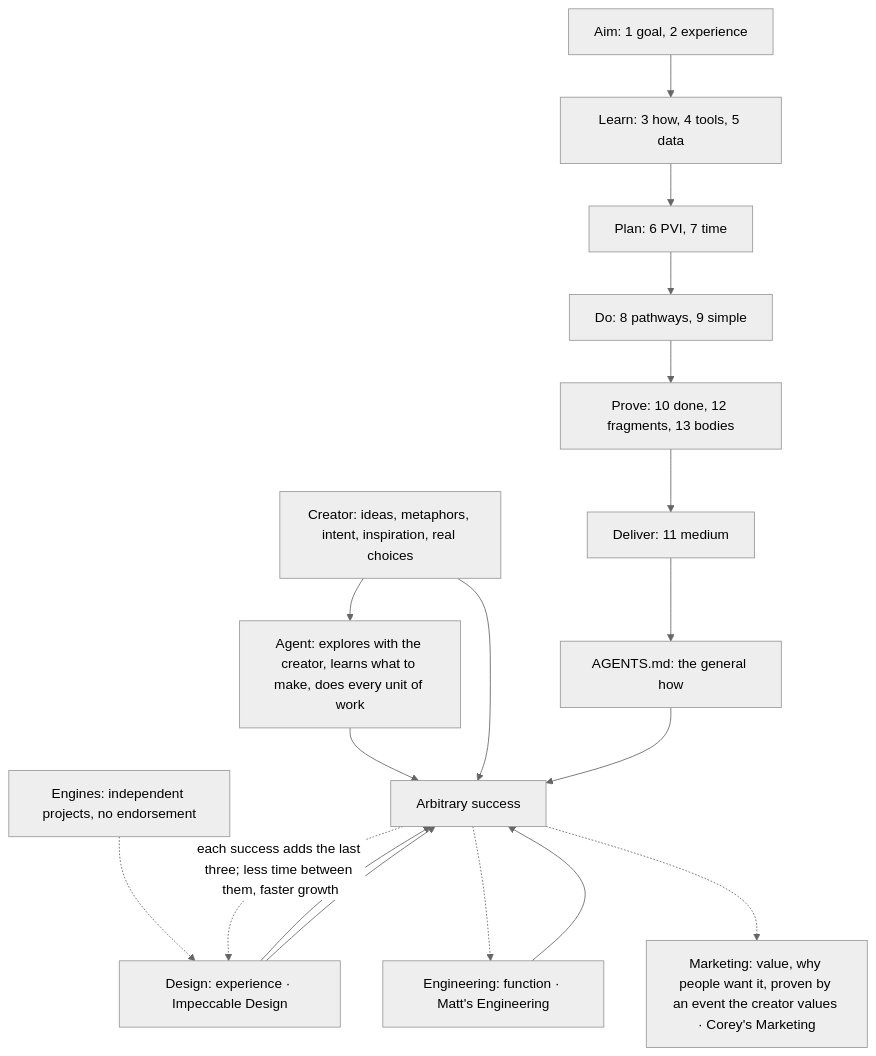
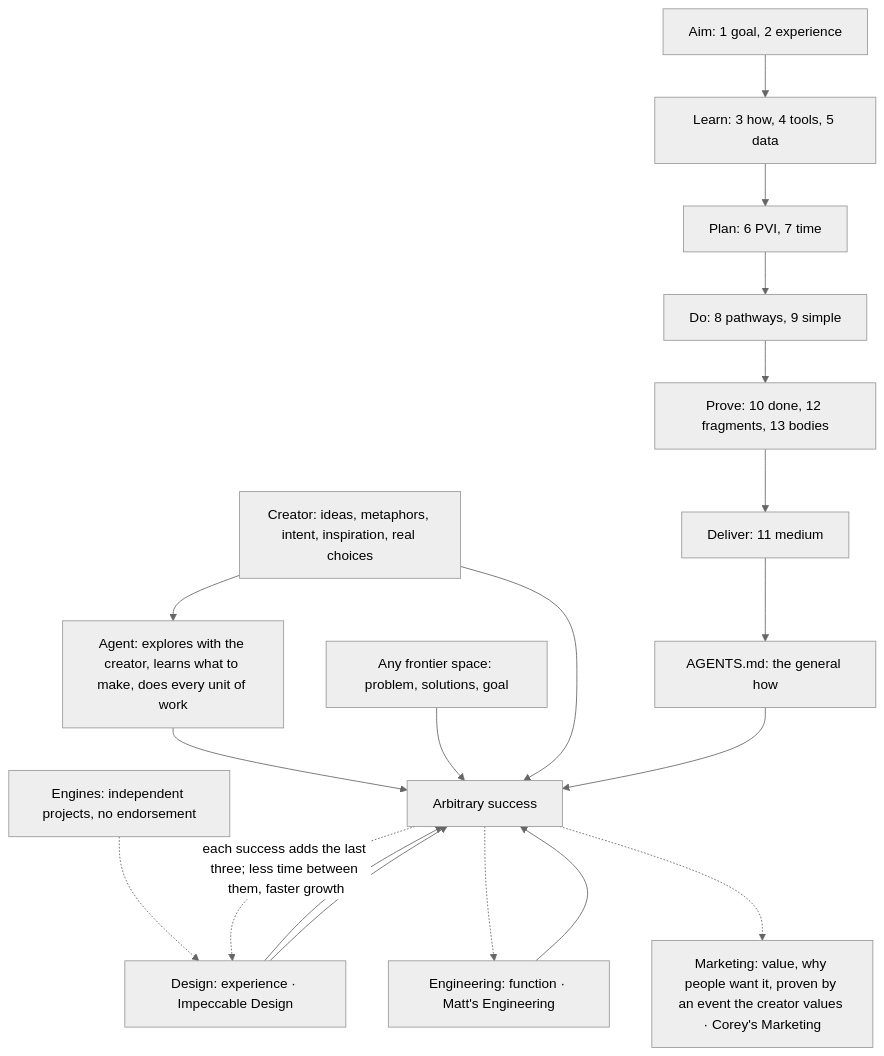
Before and after one commit to SolenixAI/arbiter: the first of 14 diagrams in AGENTS.md, drawn with Mermaid (neutral theme). The commit also changed other lines of this file, not shown here.

First line of the commit message:
fix(agents): scope is everything you touch; frontier notation; redraw section 2 (#15)

````diff
--- a/AGENTS.md
+++ b/AGENTS.md
@@ -41,15 +43,16 @@
 ```mermaid
 flowchart TD
   A[Aim: 1 goal, 2 experience] --> L[Learn: 3 how, 4 tools, 5 data] --> P[Plan: 6 PVI, 7 time] --> D[Do: 8 pathways, 9 simple] --> V[Prove: 10 done, 12 fragments, 13 bodies] --> O[Deliver: 11 medium] --> F[AGENTS.md: the general how]
   CR[Creator: ideas, metaphors, intent, inspiration, real choices] --> AG[Agent: explores with the creator, learns what to make, does every unit of work]
   AG --> S[Arbitrary success]
+  FS["Any frontier space: problem, solutions, goal"] --> S
   CR --> S
   F --> S
   DS[Design: experience · Impeccable Design] --> S
   EG[Engineering: function · Matt's Engineering] --> S
   SL[Marketing: value, why people want it, proven by an event the creator values · Corey's Marketing]
   EN[Engines: independent projects, no endorsement] -.-> DS --> S
   S -.->|"each success adds the last three; less time between them, faster growth"| DS
   S -.-> EG
   S -.-> SL
 ```
````
